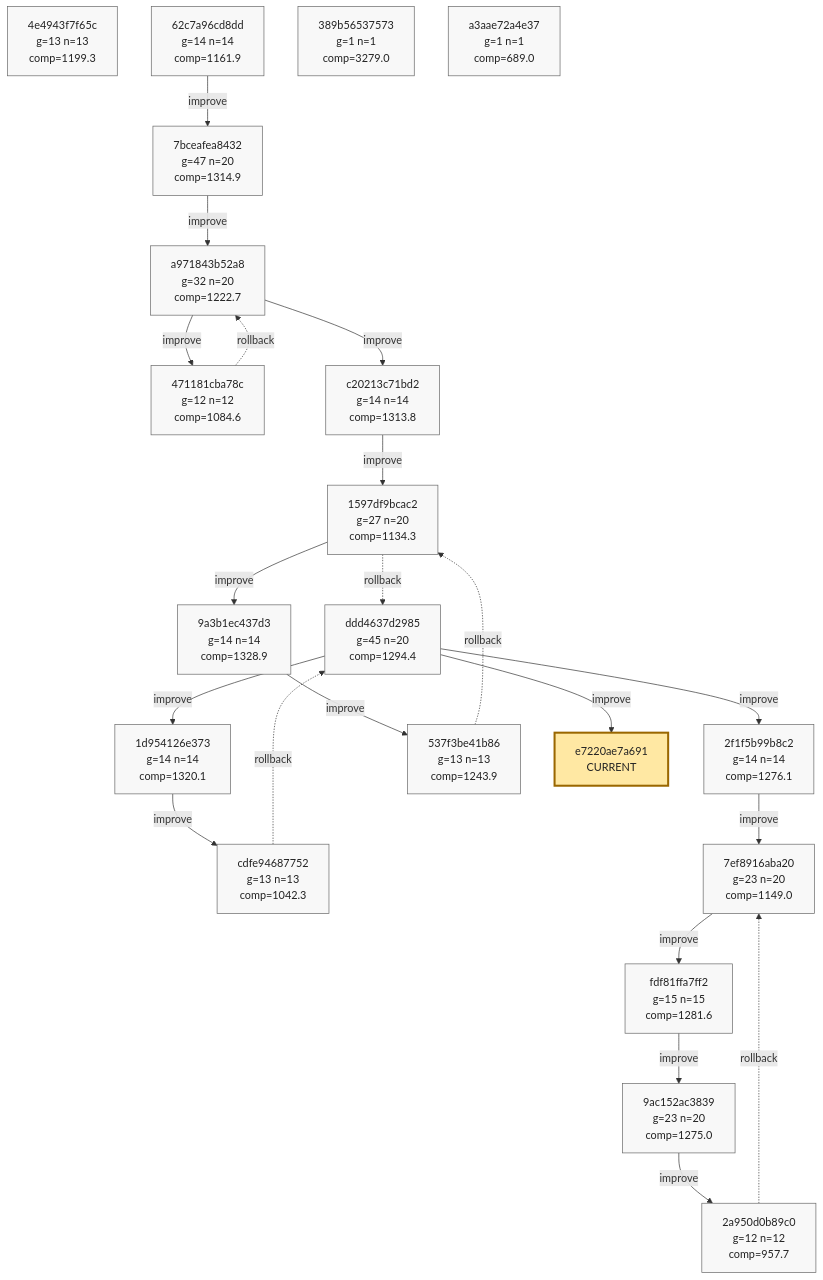
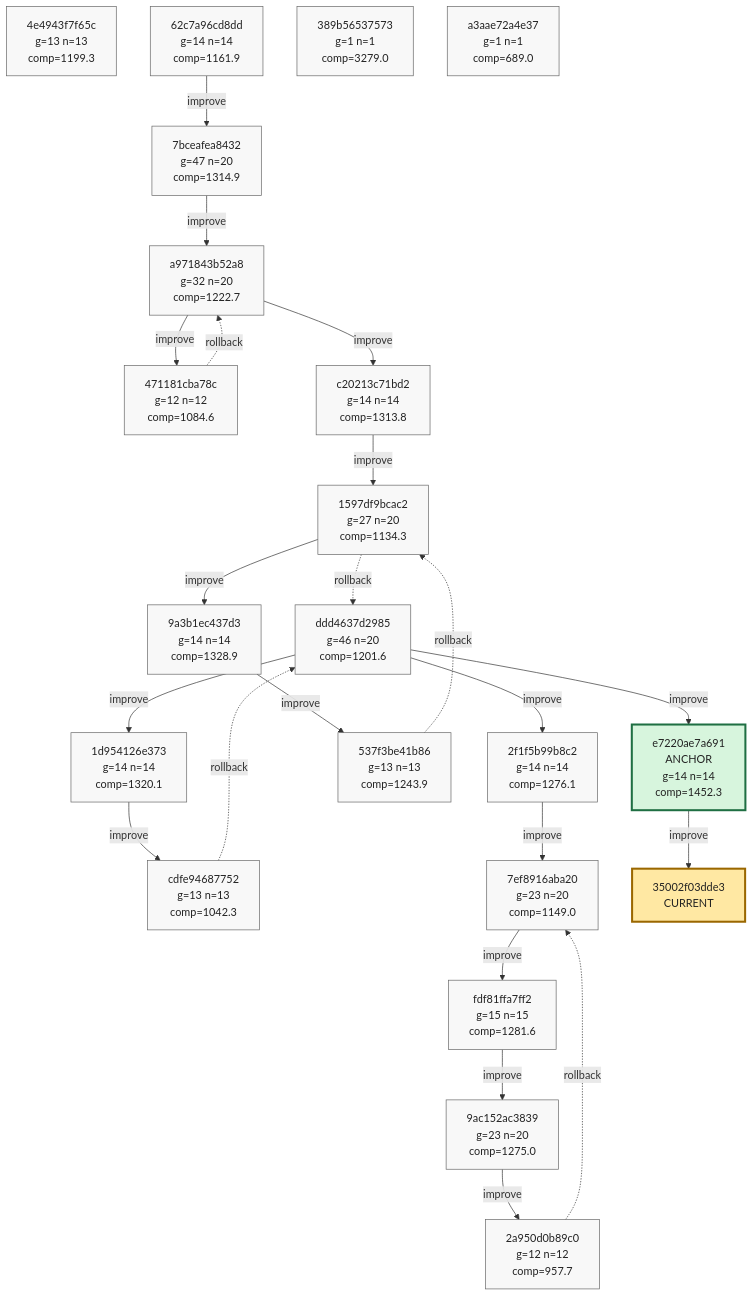
One commit to azumag/soviet_now changed the ninth of 9 diagrams in phyrogenetic-tree.md. Above: the diagram before and after it, drawn with Mermaid. The commit also changed other lines of this file and 2 other files, not shown here.

Commit message:
eloop Improve after 12 games (scores: 790 1610 1137 1933 1095 1076 2044 1953 844 2527 1754 3102)

````diff
--- a/phyrogenetic-tree.md
+++ b/phyrogenetic-tree.md
@@ -2232,70 +2228,73 @@
 ```mermaid
 flowchart TD
     h_4e4943f7f65c["4e4943f7f65c<br/>g=13 n=13<br/>comp=1199.3"]
-    h_ddd4637d2985["ddd4637d2985<br/>g=45 n=20<br/>comp=1294.4"]
+    h_ddd4637d2985["ddd4637d2985<br/>g=46 n=20<br/>comp=1201.6"]
     h_1d954126e373["1d954126e373<br/>g=14 n=14<br/>comp=1320.1"]
     h_cdfe94687752["cdfe94687752<br/>g=13 n=13<br/>comp=1042.3"]
     h_2f1f5b99b8c2["2f1f5b99b8c2<br/>g=14 n=14<br/>comp=1276.1"]
     h_7ef8916aba20["7ef8916aba20<br/>g=23 n=20<br/>comp=1149.0"]
     h_fdf81ffa7ff2["fdf81ffa7ff2<br/>g=15 n=15<br/>comp=1281.6"]
     h_9ac152ac3839["9ac152ac3839<br/>g=23 n=20<br/>comp=1275.0"]
     h_2a950d0b89c0["2a950d0b89c0<br/>g=12 n=12<br/>comp=957.7"]
     h_62c7a96cd8dd["62c7a96cd8dd<br/>g=14 n=14<br/>comp=1161.9"]
     h_7bceafea8432["7bceafea8432<br/>g=47 n=20<br/>comp=1314.9"]
     h_a971843b52a8["a971843b52a8<br/>g=32 n=20<br/>comp=1222.7"]
     h_471181cba78c["471181cba78c<br/>g=12 n=12<br/>comp=1084.6"]
     h_c20213c71bd2["c20213c71bd2<br/>g=14 n=14<br/>comp=1313.8"]
     h_1597df9bcac2["1597df9bcac2<br/>g=27 n=20<br/>comp=1134.3"]
     h_9a3b1ec437d3["9a3b1ec437d3<br/>g=14 n=14<br/>comp=1328.9"]
     h_537f3be41b86["537f3be41b86<br/>g=13 n=13<br/>comp=1243.9"]
+    h_e7220ae7a691["e7220ae7a691<br/>ANCHOR<br/>g=14 n=14<br/>comp=1452.3"]
     h_389b56537573["389b56537573<br/>g=1 n=1<br/>comp=3279.0"]
     h_a3aae72a4e37["a3aae72a4e37<br/>g=1 n=1<br/>comp=689.0"]
-    h_e7220ae7a691["e7220ae7a691<br/>CURRENT"]
+    h_35002f03dde3["35002f03dde3<br/>CURRENT"]
 
     h_ddd4637d2985 -->|improve| h_1d954126e373
     h_1d954126e373 -->|improve| h_cdfe94687752
     h_cdfe94687752 -. rollback .-> h_ddd4637d2985
     h_ddd4637d2985 -->|improve| h_2f1f5b99b8c2
     h_2f1f5b99b8c2 -->|improve| h_7ef8916aba20
     h_7ef8916aba20 -->|improve| h_fdf81ffa7ff2
     h_fdf81ffa7ff2 -->|improve| h_9ac152ac3839
     h_9ac152ac3839 -->|improve| h_2a950d0b89c0
     h_2a950d0b89c0 -. rollback .-> h_7ef8916aba20
     h_62c7a96cd8dd -->|improve| h_7bceafea8432
     h_7bceafea8432 -->|improve| h_a971843b52a8
     h_a971843b52a8 -->|improve| h_471181cba78c
     h_471181cba78c -. rollback .-> h_a971843b52a8
     h_a971843b52a8 -->|improve| h_c20213c71bd2
     h_c20213c71bd2 -->|improve| h_1597df9bcac2
     h_1597df9bcac2 -->|improve| h_9a3b1ec437d3
     h_9a3b1ec437d3 -->|improve| h_537f3be41b86
     h_537f3be41b86 -. rollback .-> h_1597df9bcac2
     h_1597df9bcac2 -. rollback .-> h_ddd4637d2985
     h_ddd4637d2985 -->|improve| h_e7220ae7a691
+    h_e7220ae7a691 -->|improve| h_35002f03dde3
 
     classDef plain fill:#f8f8f8,stroke:#666,stroke-width:1px,color:#222;
     classDef current fill:#ffe8a3,stroke:#9a6700,stroke-width:3px,color:#222;
     classDef anchor fill:#d7f5dd,stroke:#1f6f43,stroke-width:3px,color:#222;
     classDef current_anchor fill:#f3e4a8,stroke:#1f6f43,stroke-width:4px,color:#222;
 
     class h_4e4943f7f65c plain;
     class h_ddd4637d2985 plain;
     class h_1d954126e373 plain;
     class h_cdfe94687752 plain;
     class h_2f1f5b99b8c2 plain;
     class h_7ef8916aba20 plain;
     class h_fdf81ffa7ff2 plain;
     class h_9ac152ac3839 plain;
     class h_2a950d0b89c0 plain;
     class h_62c7a96cd8dd plain;
     class h_7bceafea8432 plain;
     class h_a971843b52a8 plain;
     class h_471181cba78c plain;
     class h_c20213c71bd2 plain;
     class h_1597df9bcac2 plain;
     class h_9a3b1ec437d3 plain;
     class h_537f3be41b86 plain;
+    class h_e7220ae7a691 anchor;
     class h_389b56537573 plain;
     class h_a3aae72a4e37 plain;
-    class h_e7220ae7a691 current;
+    class h_35002f03dde3 current;
 ```
````
